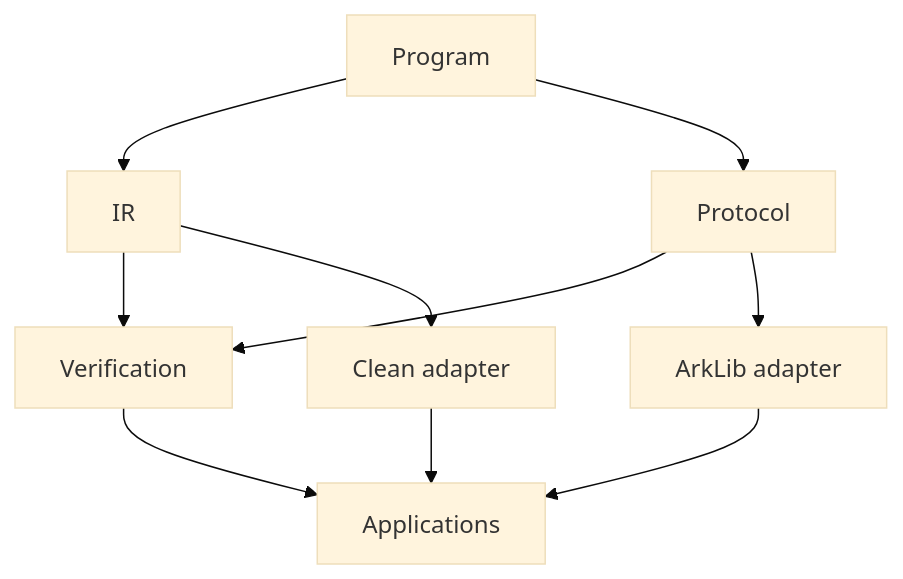
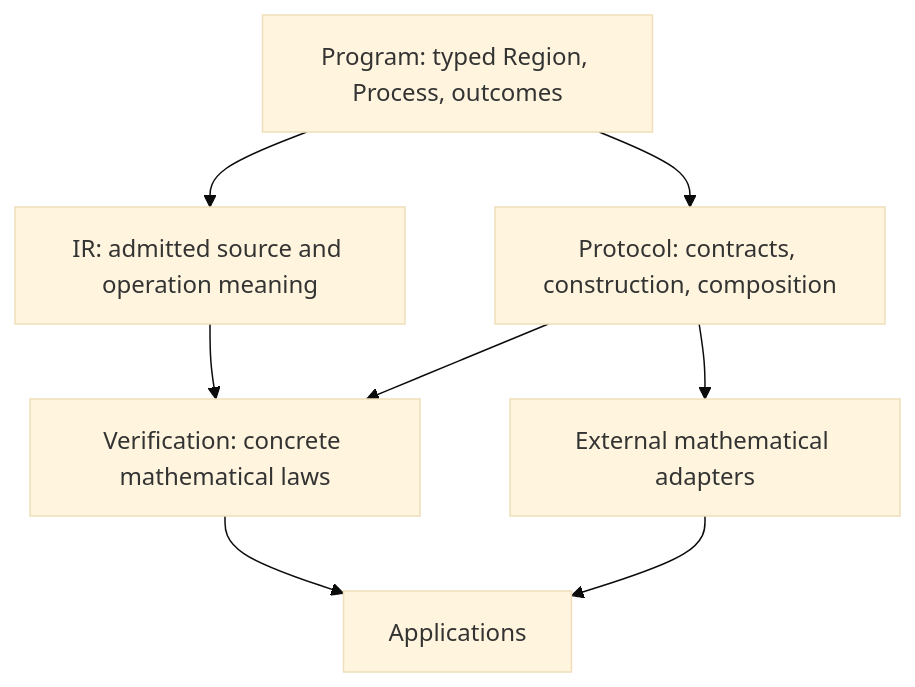
One commit to zkcompiler/zkc changed the diagram in lean/docs/architecture.md. Above: the diagram before and after it, drawn with Mermaid (base theme). The commit also changed other lines of this file and 2243 other files, not shown here.

````diff
--- a/lean/docs/architecture.md
+++ b/lean/docs/architecture.md
@@ -41,12 +10,10 @@
 ```mermaid
-graph TD
-  Program --> IR
-  Program --> Protocol
-  IR --> Verification
-  Protocol --> Verification
-  Protocol --> ArkLib[ArkLib adapter]
-  IR --> Clean[Clean adapter]
-  Verification --> Applications
-  ArkLib --> Applications
-  Clean --> Applications
+flowchart TD
+  P[Program: typed Region, Process, outcomes] --> I[IR: admitted source and operation meaning]
+  P --> F[Protocol: contracts, construction, composition]
+  I --> V[Verification: concrete mathematical laws]
+  F --> V
+  F --> A[External mathematical adapters]
+  V --> C[Applications]
+  A --> C
 ```
````
